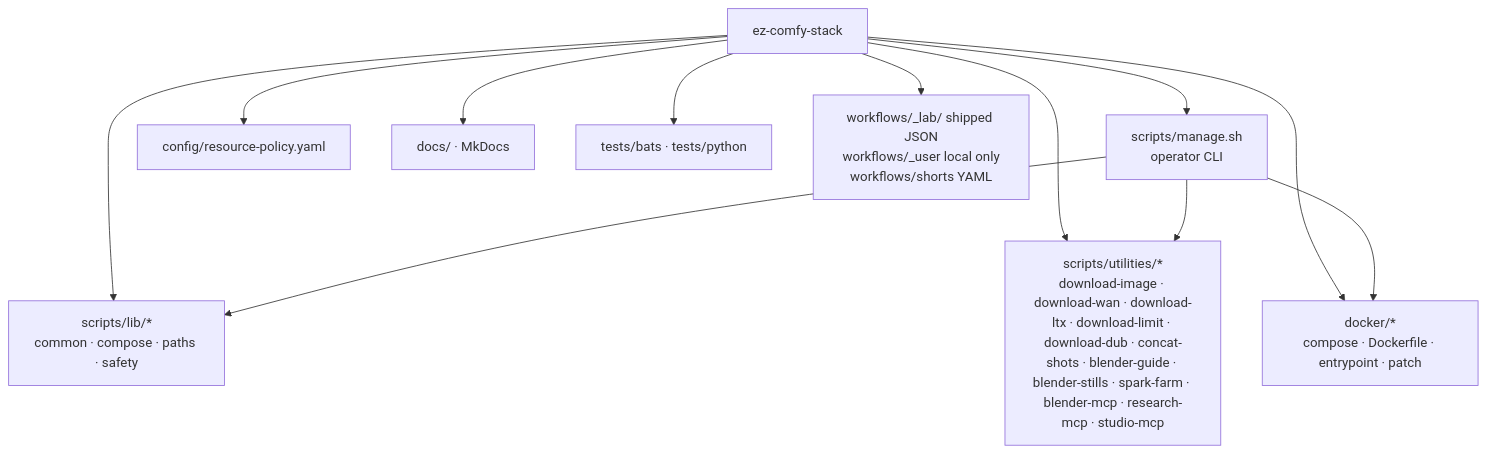
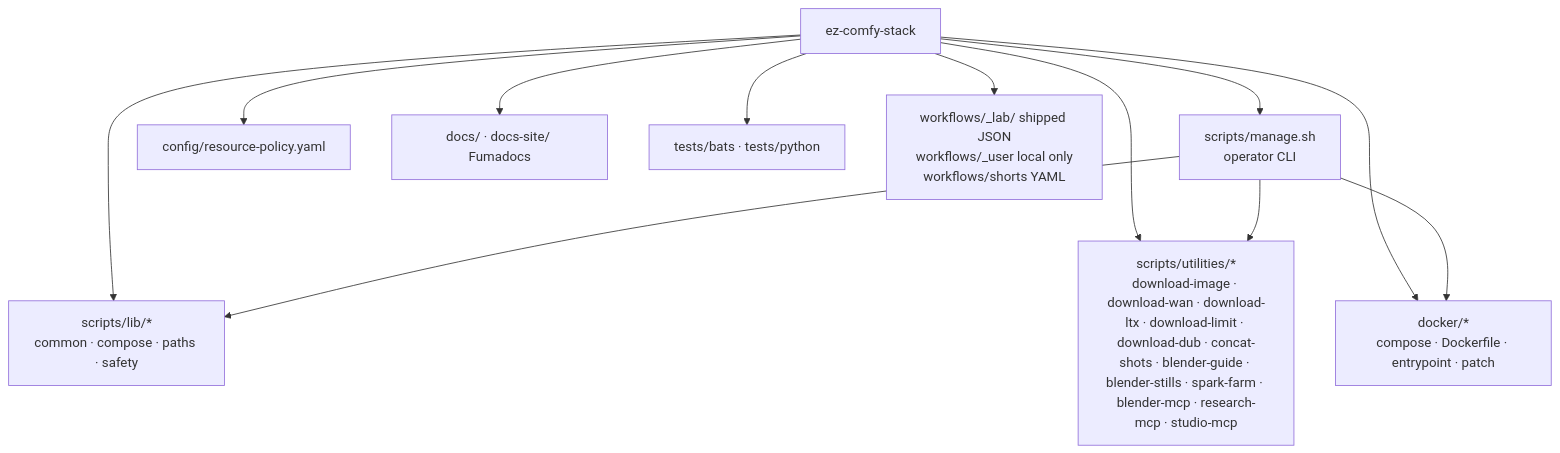
The first of 6 diagrams in docs/project-conventions.md (toxicoder/ez-comfy-stack), drawn with Mermaid before and after one commit. The commit also changed other lines of this file and 427 other files, not shown here.

First line of the commit message:
feat: migrate docs site from MkDocs to Fumadocs

````diff
--- a/docs/project-conventions.md
+++ b/docs/project-conventions.md
@@ -63,15 +63,15 @@
 ```mermaid
 flowchart TB
   Root["ez-comfy-stack"]
   Root --> Manage["scripts/manage.sh<br/>operator CLI"]
   Root --> Lib["scripts/lib/*<br/>common · compose · paths · safety"]
   Root --> Util["scripts/utilities/*<br/>download-image · download-wan · download-ltx · download-limit · download-dub · concat-shots · blender-guide · blender-stills · spark-farm · blender-mcp · research-mcp · studio-mcp"]
   Root --> Docker["docker/*<br/>compose · Dockerfile · entrypoint · patch"]
   Root --> Cfg["config/resource-policy.yaml"]
-  Root --> Docs["docs/ · MkDocs"]
+  Root --> Docs["docs/ · docs-site/ Fumadocs"]
   Root --> Tests["tests/bats · tests/python"]
   Root --> Wf["workflows/_lab/<lane> shipped JSON<br/>workflows/_user local only<br/>workflows/shorts YAML"]
   Manage --> Lib
   Manage --> Util
   Manage --> Docker
 ```
````
